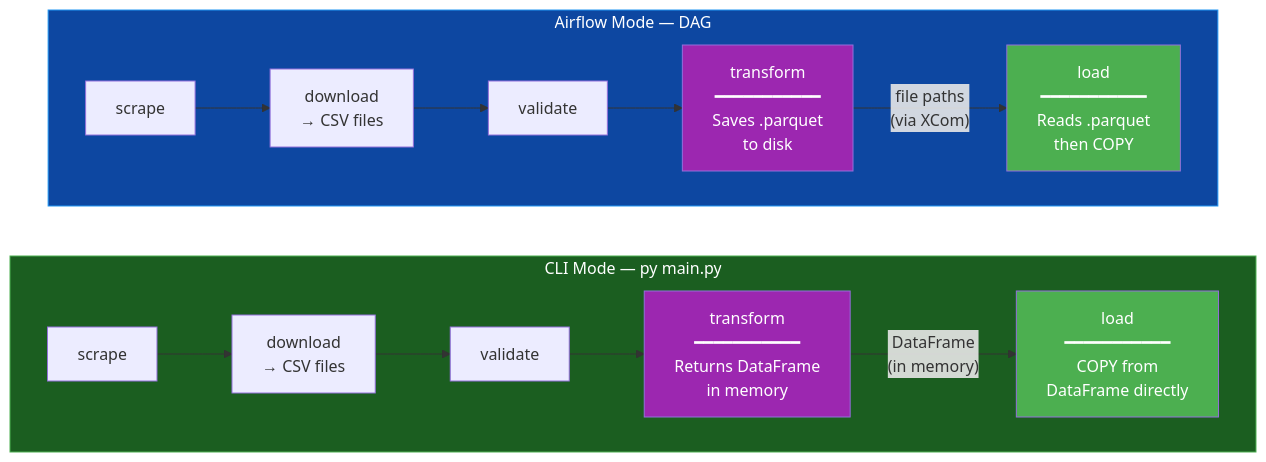
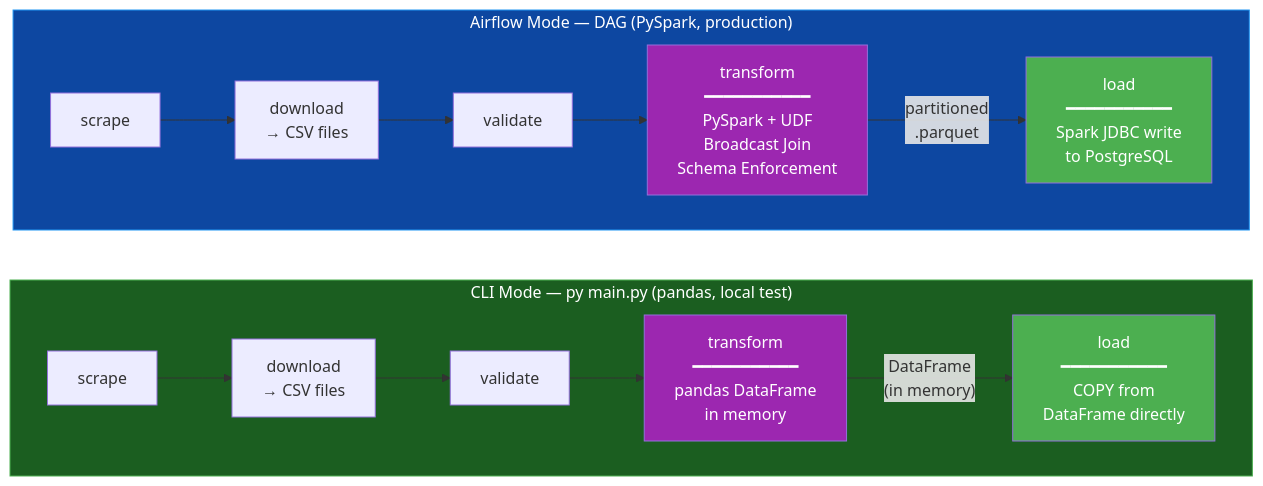
Before and after one commit to JindoKimKor/GILJOBI: the third of 3 diagrams in pipelines/market-trend/SPEC.md, drawn with Mermaid. The commit also changed other lines of this file and 5 other files, not shown here.

````diff
--- a/pipelines/market-trend/SPEC.md
+++ b/pipelines/market-trend/SPEC.md
@@ -141,25 +141,25 @@
 ```mermaid
 flowchart LR
-    subgraph cli ["CLI Mode — py main.py"]
+    subgraph cli ["CLI Mode — py main.py (pandas, local test)"]
         direction LR
         C_SCRAPE["scrape"] --> C_DL["download<br/>→ CSV files"]
         C_DL --> C_VAL["validate"]
-        C_VAL --> C_TX["transform<br/>━━━━━━━━━━━<br/>Returns DataFrame<br/>in memory"]
+        C_VAL --> C_TX["transform<br/>━━━━━━━━━━━<br/>pandas DataFrame<br/>in memory"]
         C_TX -->|"DataFrame<br/>(in memory)"| C_LOAD["load<br/>━━━━━━━━━━━<br/>COPY from<br/>DataFrame directly"]
     end
 
-    subgraph airflow ["Airflow Mode — DAG"]
+    subgraph airflow ["Airflow Mode — DAG (PySpark, production)"]
         direction LR
         A_SCRAPE["scrape"] --> A_DL["download<br/>→ CSV files"]
         A_DL --> A_VAL["validate"]
-        A_VAL --> A_TX["transform<br/>━━━━━━━━━━━<br/>Saves .parquet<br/>to disk"]
-        A_TX -->|"file paths<br/>(via XCom)"| A_LOAD["load<br/>━━━━━━━━━━━<br/>Reads .parquet<br/>then COPY"]
+        A_VAL --> A_TX["transform<br/>━━━━━━━━━━━<br/>PySpark + UDF<br/>Broadcast Join<br/>Schema Enforcement"]
+        A_TX -->|"partitioned<br/>.parquet"| A_LOAD["load<br/>━━━━━━━━━━━<br/>Spark JDBC write<br/>to PostgreSQL"]
     end
 
     style cli fill:#1B5E20,stroke:#4CAF50,color:#fff
     style airflow fill:#0D47A1,stroke:#2196F3,color:#fff
     style C_TX fill:#9C27B0,color:#fff
     style C_LOAD fill:#4CAF50,color:#fff
     style A_TX fill:#9C27B0,color:#fff
     style A_LOAD fill:#4CAF50,color:#fff
 ```
````
